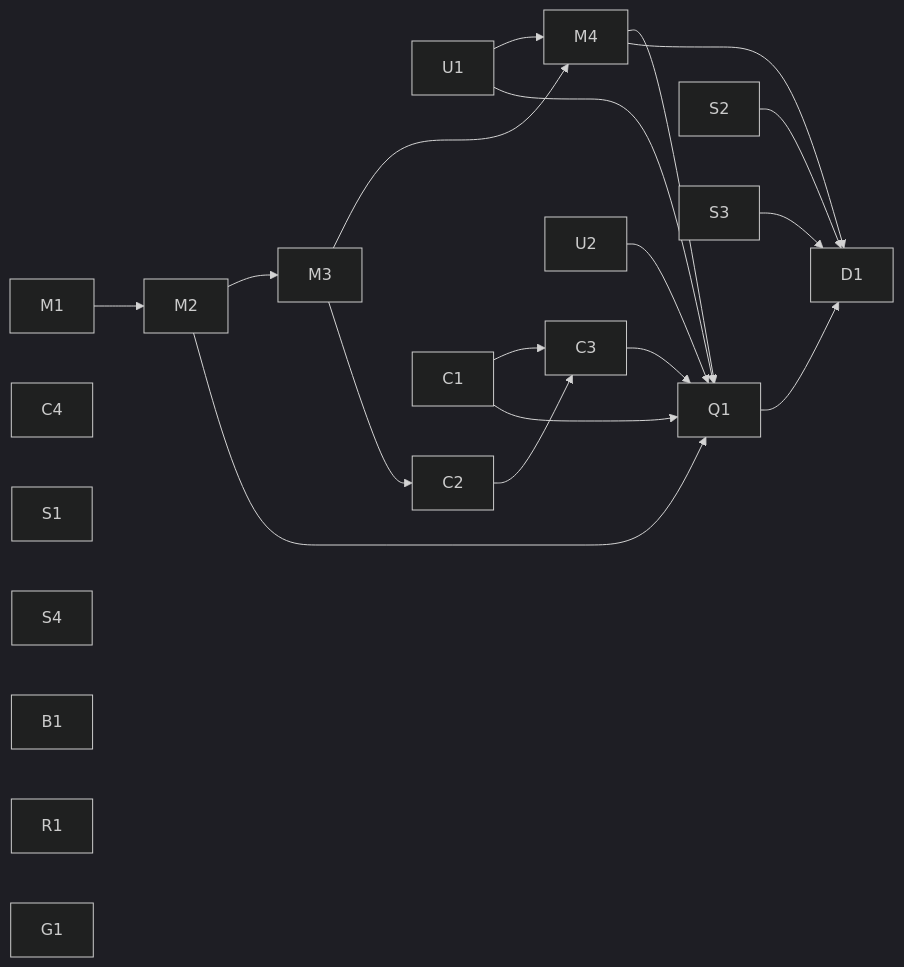
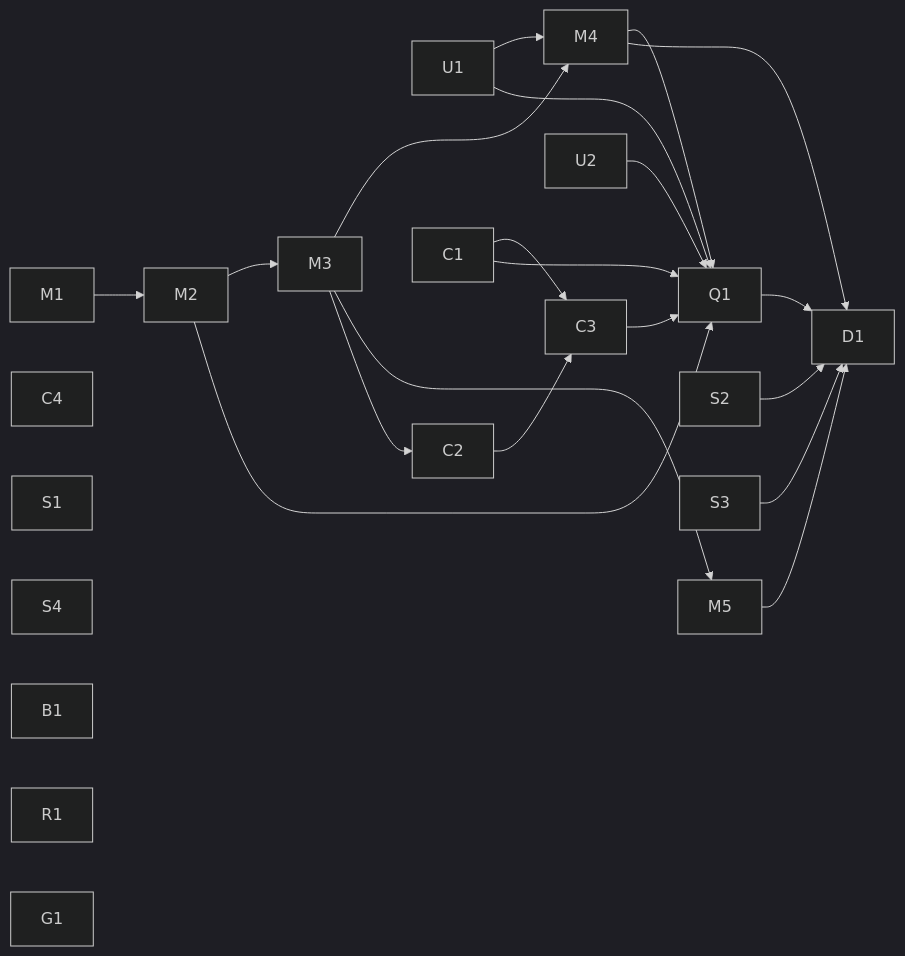
The diagram in planning/specs/hot-path-followups-2026-11.md (liaden/lain), drawn with Mermaid (dark theme) before and after one commit. The commit also changed other lines of this file, not shown here.

````diff
--- a/planning/specs/hot-path-followups-2026-11.md
+++ b/planning/specs/hot-path-followups-2026-11.md
@@ -165,26 +165,28 @@
 ```mermaid
 flowchart LR
   M1 --> M2 --> M3 --> M4
+  M3 --> M5
+  M5 --> D1
   U1 --> M4
   M3 --> C2
   C2 --> C3
   C1 --> C3
   C1 --> Q1
   C3 --> Q1
   U1 --> Q1
   U2 --> Q1
   M2 --> Q1
   M4 --> Q1
   C4
   S1
   S2
   S3
   S4
   B1
   R1
   G1
   M4 --> D1
   Q1 --> D1
   S2 --> D1
   S3 --> D1
 ```
````
